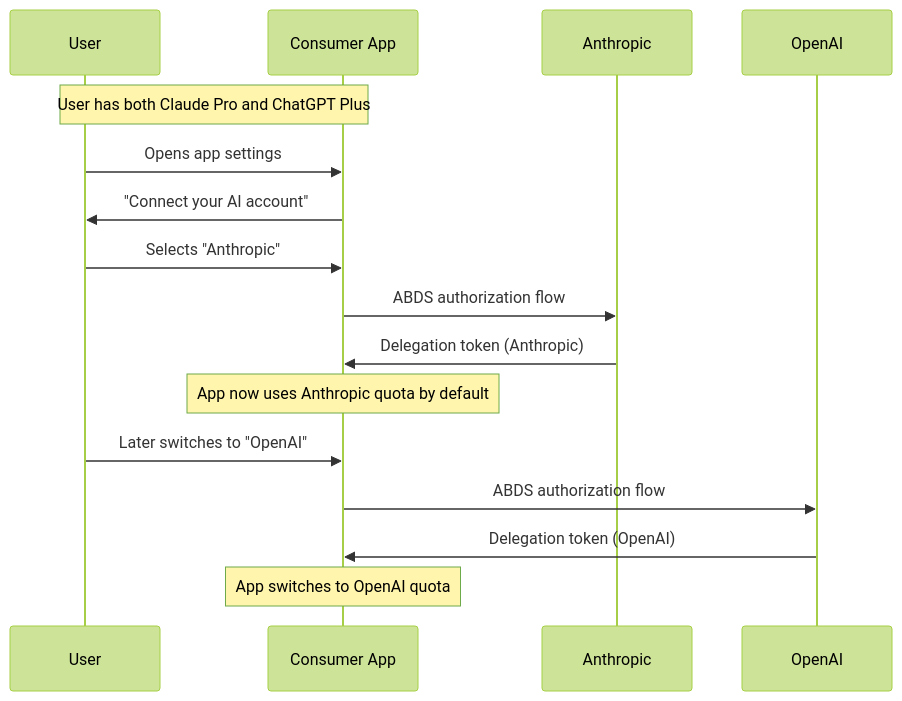
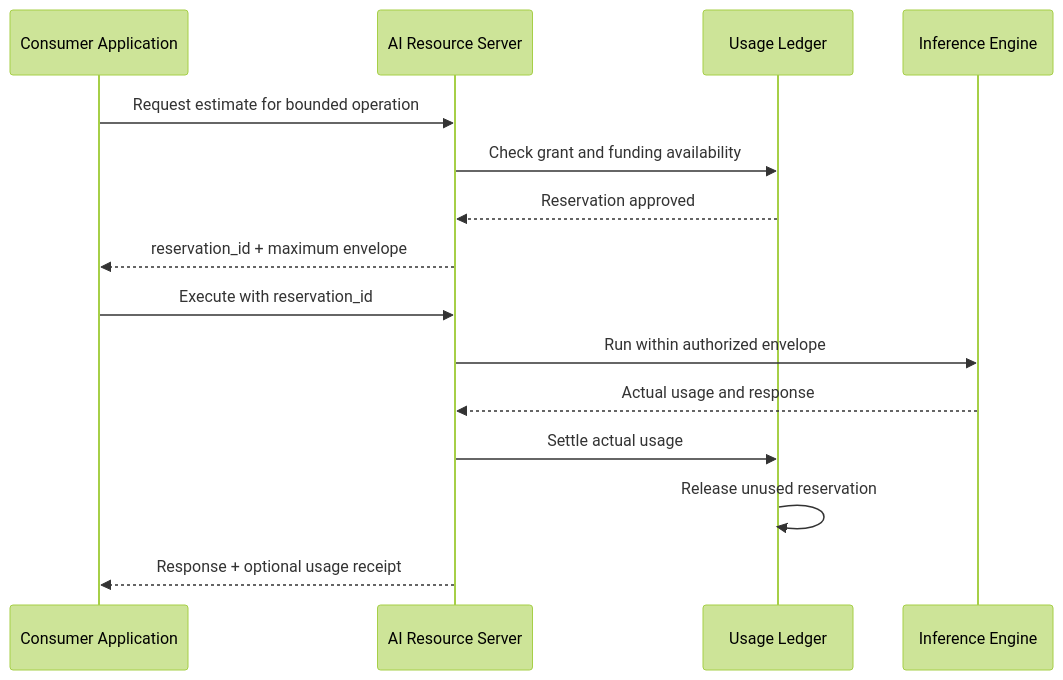
Before and after one commit to MJohnstonAI/ai-billing-delegation: the seventh of 8 diagrams in FLOWS.md, drawn with Mermaid (forest theme). The commit also changed other lines of this file and 14 other files, not shown here.

````diff
--- a/FLOWS.md
+++ b/FLOWS.md
@@ -66,19 +139,18 @@
 ```mermaid
 sequenceDiagram
-    participant U as User
-    participant A as Consumer App
-    participant ANT as Anthropic
-    participant OAI as OpenAI
+    participant A as Consumer Application
+    participant API as AI Resource Server
+    participant L as Usage Ledger
+    participant M as Inference Engine
 
-    Note over U,A: User has both Claude Pro and ChatGPT Plus
-    U->>A: Opens app settings
-    A->>U: "Connect your AI account"
-    U->>A: Selects "Anthropic"
-    A->>ANT: ABDS authorization flow
-    ANT->>A: Delegation token (Anthropic)
-    Note over A: App now uses Anthropic quota by default
-    U->>A: Later switches to "OpenAI"
-    A->>OAI: ABDS authorization flow
-    OAI->>A: Delegation token (OpenAI)
-    Note over A: App switches to OpenAI quota
+    A->>API: Request estimate for bounded operation
+    API->>L: Check grant and funding availability
+    L-->>API: Reservation approved
+    API-->>A: reservation_id + maximum envelope
+    A->>API: Execute with reservation_id
+    API->>M: Run within authorized envelope
+    M-->>API: Actual usage and response
+    API->>L: Settle actual usage
+    L->>L: Release unused reservation
+    API-->>A: Response + optional usage receipt
 ```
````
